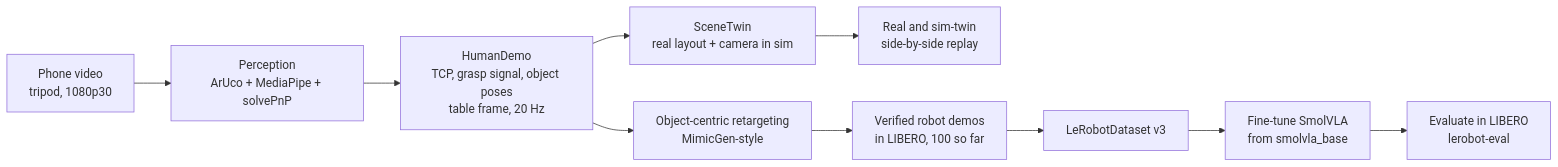
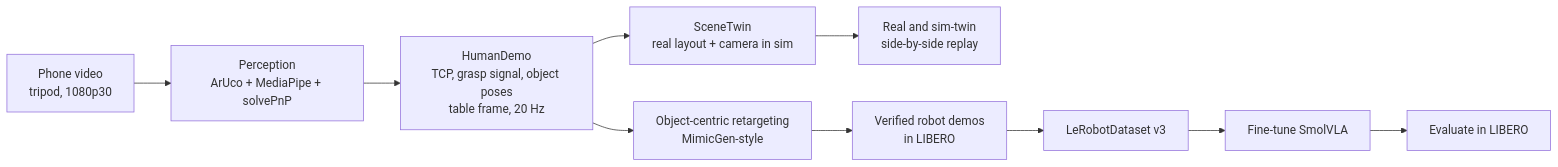
The diagram in README.md (alfredowh/hurobo), drawn with Mermaid before and after one commit. The commit also changed other lines of this file and 10 other files, not shown here.

````diff
--- a/README.md
+++ b/README.md
@@ -68,12 +64,12 @@
 ```mermaid
 flowchart LR
     A[Phone video<br/>tripod, 1080p30] --> B[Perception<br/>ArUco + MediaPipe + solvePnP]
     B --> C[HumanDemo<br/>TCP, grasp signal, object poses<br/>table frame, 20 Hz]
     C --> D[SceneTwin<br/>real layout + camera in sim]
     C --> E[Object-centric retargeting<br/>MimicGen-style]
     D --> F[Real and sim-twin<br/>side-by-side replay]
-    E --> G[Verified robot demos<br/>in LIBERO, 100 so far]
+    E --> G[Verified robot demos<br/>in LIBERO]
     G --> H[LeRobotDataset v3]
-    H --> I[Fine-tune SmolVLA<br/>from smolvla_base]
-    I --> J[Evaluate in LIBERO<br/>lerobot-eval]
+    H --> I[Fine-tune SmolVLA]
+    I --> J[Evaluate in LIBERO]
 ```
````
